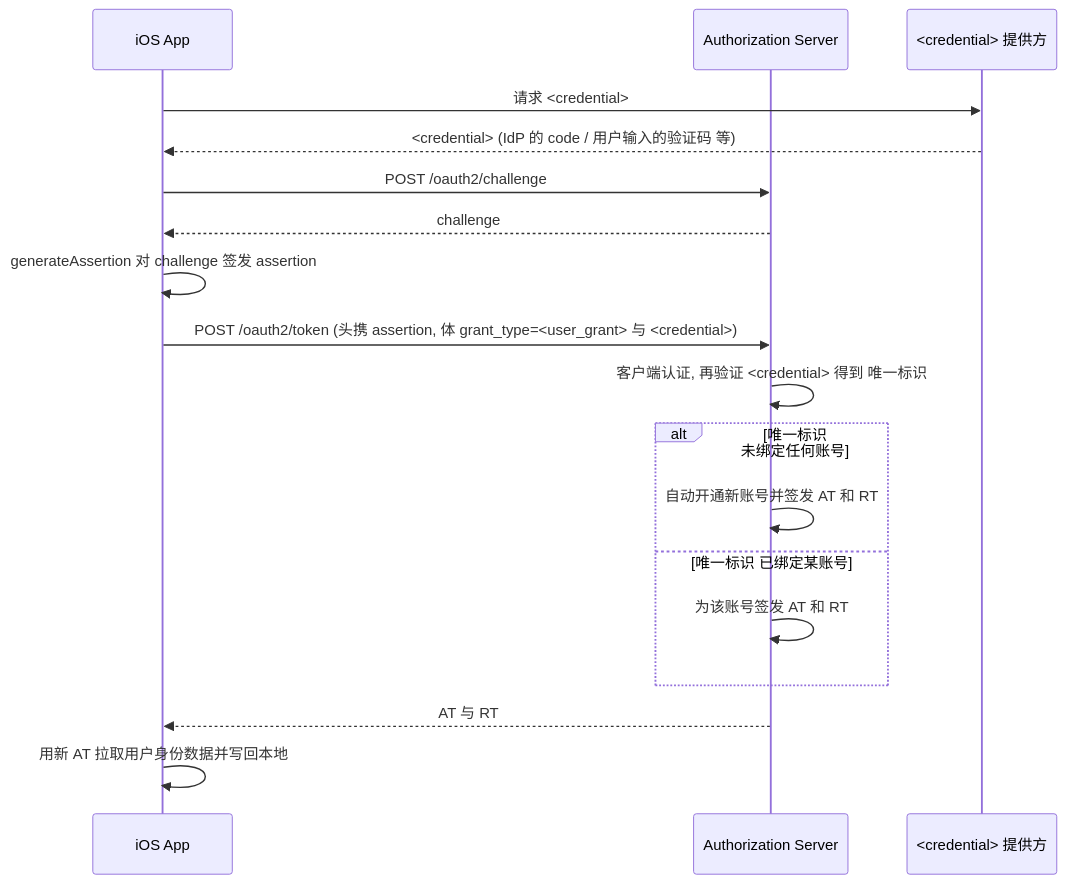
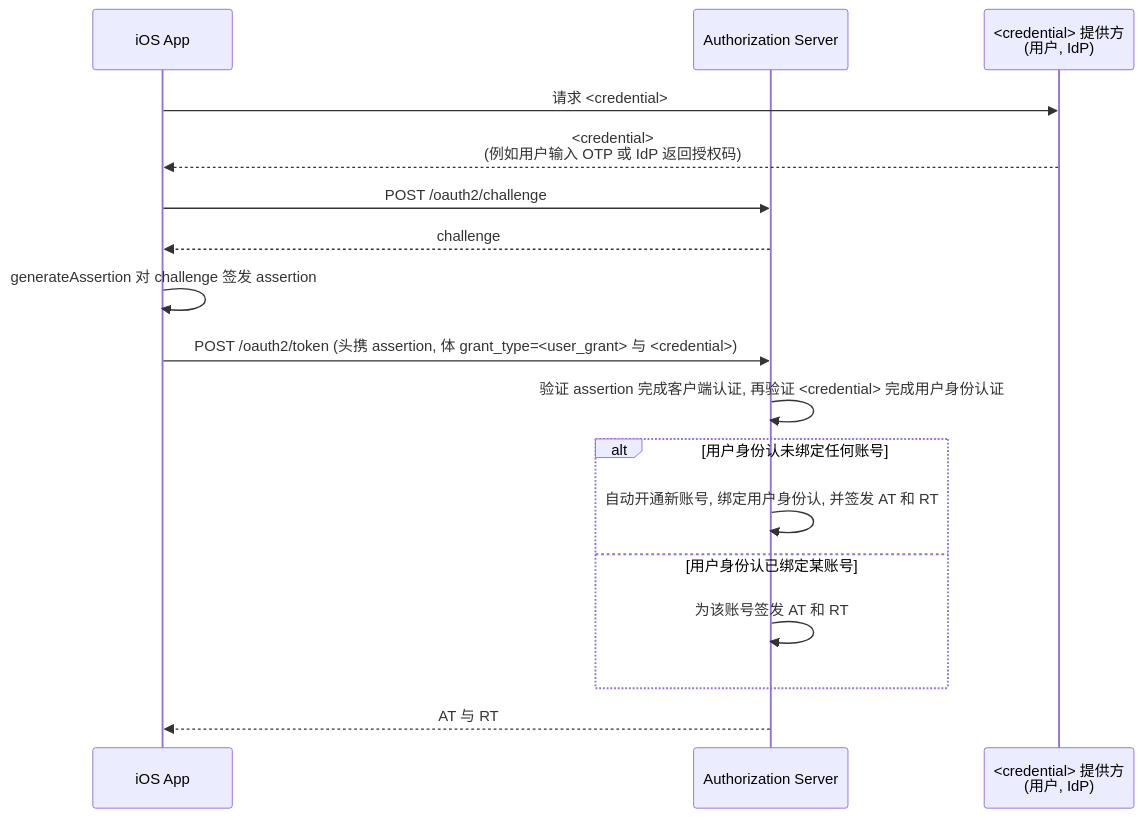
Before and after one commit to euler-projects/demo: the fourth of 6 diagrams in user-center/doc/apis/zh-cn/app-attest-login/v2/App-Attest-Login.md, drawn with Mermaid. The commit also changed other lines of this file, not shown here.

Commit message:
docs(app-attest): rework login docs

````diff
--- a/user-center/doc/apis/zh-cn/app-attest-login/v2/App-Attest-Login.md
+++ b/user-center/doc/apis/zh-cn/app-attest-login/v2/App-Attest-Login.md
@@ -179,21 +188,19 @@
 ```mermaid
 sequenceDiagram
     participant App as iOS App
     participant Server as Authorization Server
-    participant CP as <credential> 提供方
-
-    App->>CP: 请求 <credential>
-    CP-->>App: <credential> (IdP 的 code / 用户输入的验证码 等)
-    App->>Server: POST /oauth2/challenge
-    Server-->>App: challenge
-    App->>App: generateAssertion 对 challenge 签发 assertion
-    App->>Server: POST /oauth2/token (头携 assertion, 体 grant_type=<user_grant> 与 <credential>)
-    Server->>Server: 客户端认证, 再验证 <credential> 得到 唯一标识
-    alt 唯一标识 未绑定任何账号
-        Server->>Server: 自动开通新账号并签发 AT 和 RT
-    else 唯一标识 已绑定某账号
-        Server->>Server: 为该账号签发 AT 和 RT
+    participant CP as <credential> 提供方<br>(用户, IdP)
+    App ->> CP: 请求 <credential>
+    CP -->> App: <credential><br>(例如用户输入 OTP 或 IdP 返回授权码)
+    App ->> Server: POST /oauth2/challenge
+    Server -->> App: challenge
+    App ->> App: generateAssertion 对 challenge 签发 assertion
+    App ->> Server: POST /oauth2/token (头携 assertion, 体 grant_type=<user_grant> 与 <credential>)
+    Server ->> Server: 验证 assertion 完成客户端认证, 再验证 <credential> 完成用户身份认证
+    alt 用户身份认未绑定任何账号
+        Server ->> Server: 自动开通新账号, 绑定用户身份认, 并签发 AT 和 RT
+    else 用户身份认已绑定某账号
+        Server ->> Server: 为该账号签发 AT 和 RT
     end
-    Server-->>App: AT 与 RT
-    App->>App: 用新 AT 拉取用户身份数据并写回本地
+    Server -->> App: AT 与 RT
 ```
````
